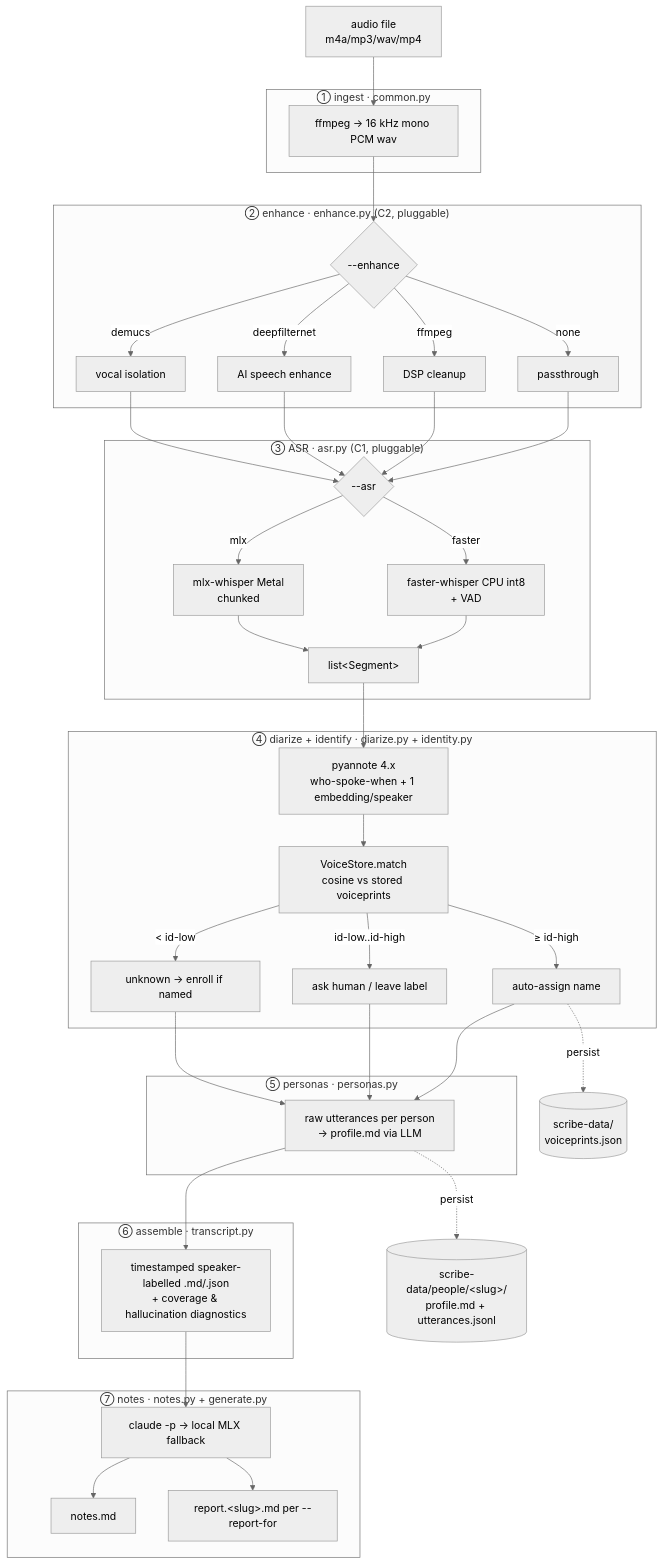
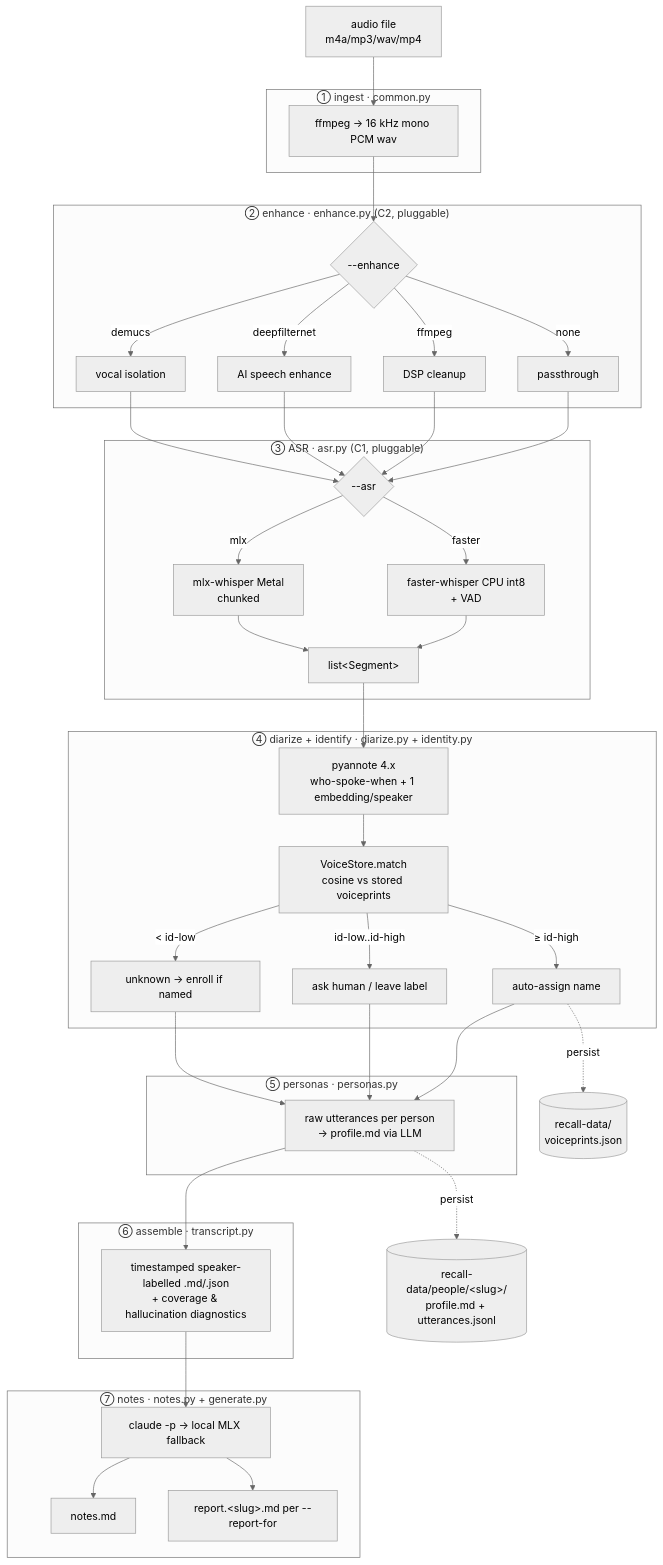
One commit to praveenqumar/Recall changed the diagram in docs/ARCHITECTURE.md. Above: the diagram before and after it, drawn with Mermaid (neutral theme). The commit also changed other lines of this file and 29 other files, not shown here.

First line of the commit message:
Rename package scribe -> recall to match the project name

````diff
--- a/docs/ARCHITECTURE.md
+++ b/docs/ARCHITECTURE.md
@@ -36,55 +36,55 @@
 ```mermaid
 flowchart TD
     A[audio file<br/>m4a/mp3/wav/mp4] --> B
 
     subgraph S1["① ingest · common.py"]
       B[ffmpeg → 16 kHz mono PCM wav]
     end
 
     B --> C
     subgraph S2["② enhance · enhance.py  (C2, pluggable)"]
       C{--enhance}
       C -->|none| C0[passthrough]
       C -->|ffmpeg| C1[DSP cleanup]
       C -->|deepfilternet| C2[AI speech enhance]
       C -->|demucs| C3[vocal isolation]
     end
 
     C0 & C1 & C2 & C3 --> D
     subgraph S3["③ ASR · asr.py  (C1, pluggable)"]
       D{--asr}
       D -->|faster| D1[faster-whisper CPU int8<br/>+ VAD]
       D -->|mlx| D2[mlx-whisper Metal<br/>chunked]
       D1 & D2 --> DS["list&lt;Segment&gt;"]
     end
 
     DS --> E
     subgraph S4["④ diarize + identify · diarize.py + identity.py"]
       E[pyannote 4.x<br/>who-spoke-when + 1 embedding/speaker]
       E --> F[VoiceStore.match<br/>cosine vs stored voiceprints]
       F -->|≥ id-high| Fa[auto-assign name]
       F -->|id-low..id-high| Fb[ask human / leave label]
       F -->|&lt; id-low| Fc[unknown → enroll if named]
     end
 
     Fa & Fb & Fc --> G
     subgraph S5["⑤ personas · personas.py"]
       G[raw utterances per person<br/>→ profile.md via LLM]
     end
 
     G --> H
     subgraph S6["⑥ assemble · transcript.py"]
       H[timestamped speaker-labelled .md/.json<br/>+ coverage & hallucination diagnostics]
     end
 
     H --> I
     subgraph S7["⑦ notes · notes.py + generate.py"]
       I[claude -p → local MLX fallback]
       I --> I1[notes.md]
       I --> I2["report.&lt;slug&gt;.md per --report-for"]
     end
 
     %% persistence
-    Fa -.persist.-> V[(scribe-data/<br/>voiceprints.json)]
-    G  -.persist.-> P[(scribe-data/people/&lt;slug&gt;/<br/>profile.md + utterances.jsonl)]
+    Fa -.persist.-> V[(recall-data/<br/>voiceprints.json)]
+    G  -.persist.-> P[(recall-data/people/&lt;slug&gt;/<br/>profile.md + utterances.jsonl)]
 ```
````
